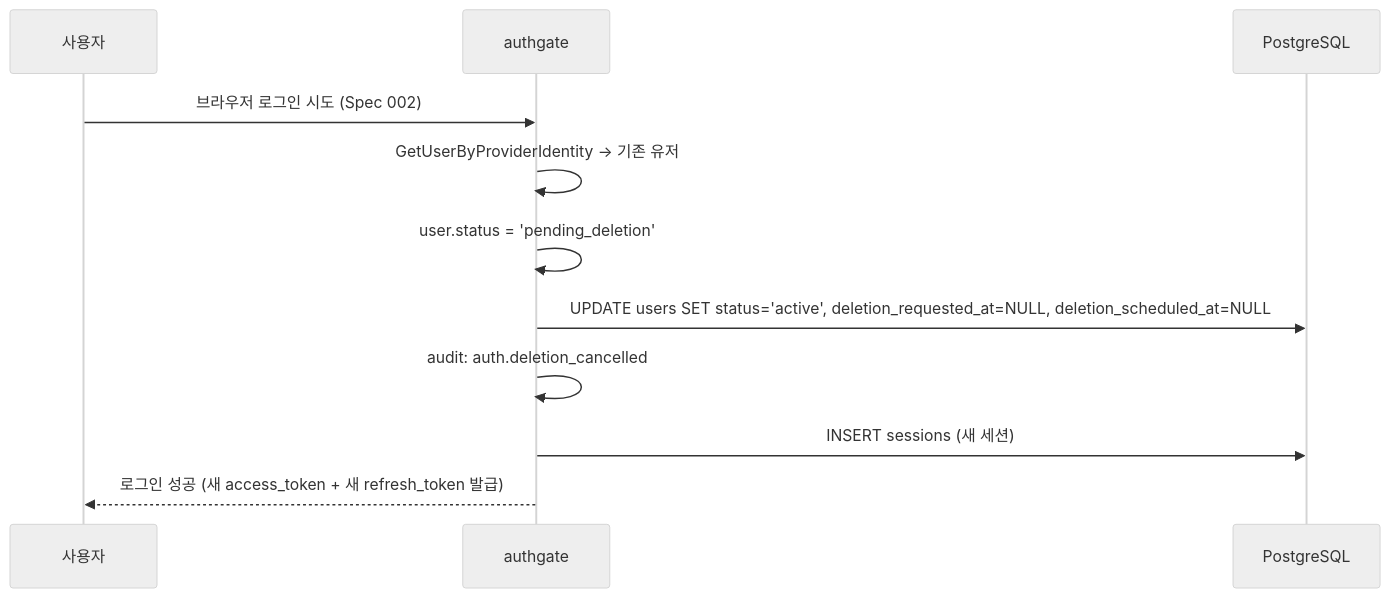
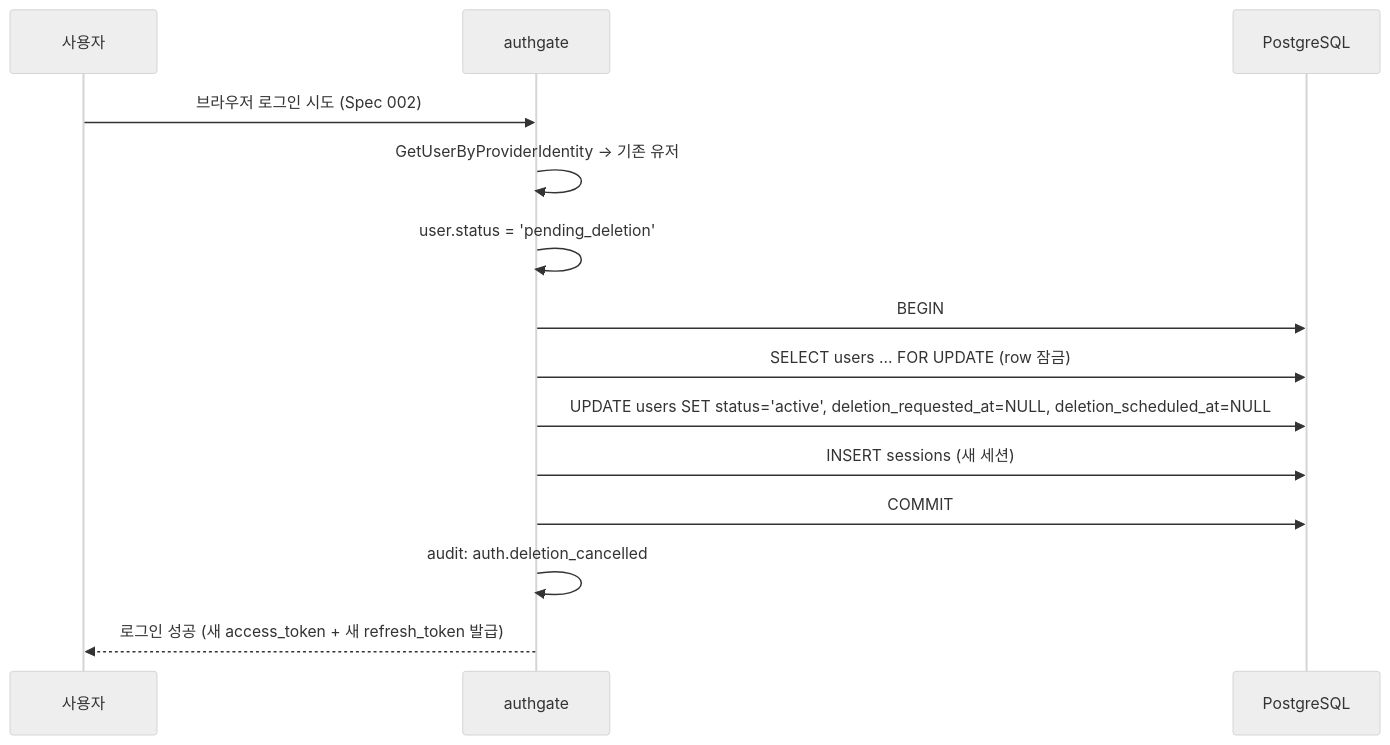
One commit to cagojeiger/authgate changed the third of 3 diagrams in docs/spec/006-account-lifecycle.md. Above: the diagram before and after it, drawn with Mermaid (neutral theme). The commit also changed other lines of this file and 8 other files, not shown here.

````diff
--- a/docs/spec/006-account-lifecycle.md
+++ b/docs/spec/006-account-lifecycle.md
@@ -80,14 +80,17 @@
 ```mermaid
 sequenceDiagram
     participant U as 사용자
     participant AG as authgate
     participant DB as PostgreSQL
 
     U->>AG: 브라우저 로그인 시도 (Spec 002)
     AG->>AG: GetUserByProviderIdentity → 기존 유저
     AG->>AG: user.status = 'pending_deletion'
+    AG->>DB: BEGIN
+    AG->>DB: SELECT users ... FOR UPDATE (row 잠금)
     AG->>DB: UPDATE users SET status='active', deletion_requested_at=NULL, deletion_scheduled_at=NULL
+    AG->>DB: INSERT sessions (새 세션)
+    AG->>DB: COMMIT
     AG->>AG: audit: auth.deletion_cancelled
-    AG->>DB: INSERT sessions (새 세션)
     AG-->>U: 로그인 성공 (새 access_token + 새 refresh_token 발급)
 ```
````
